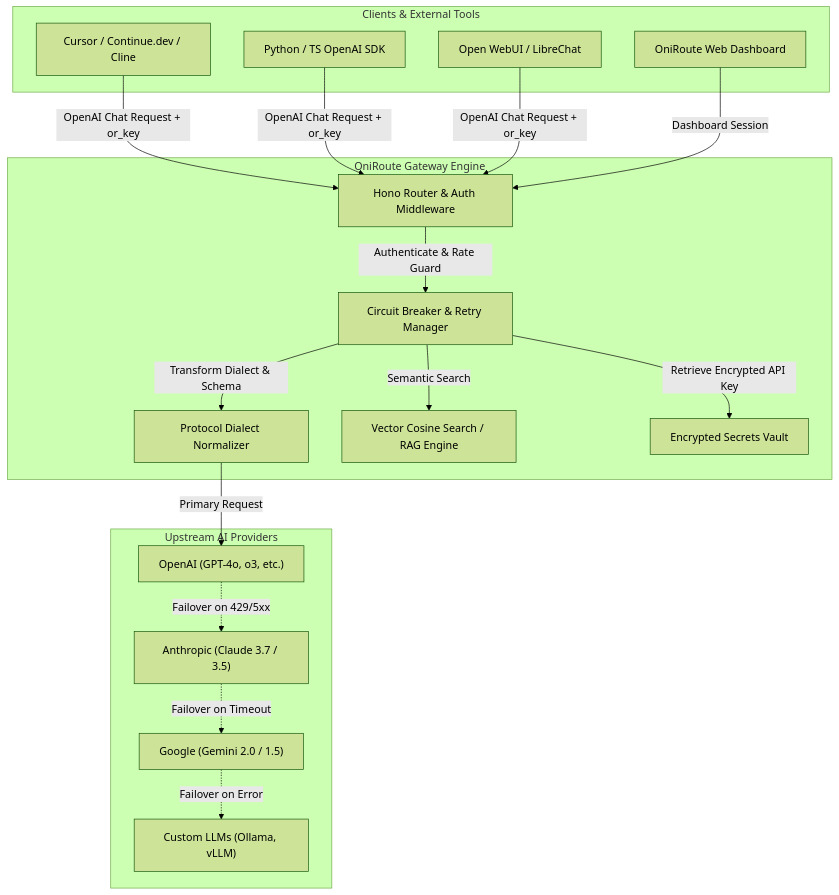
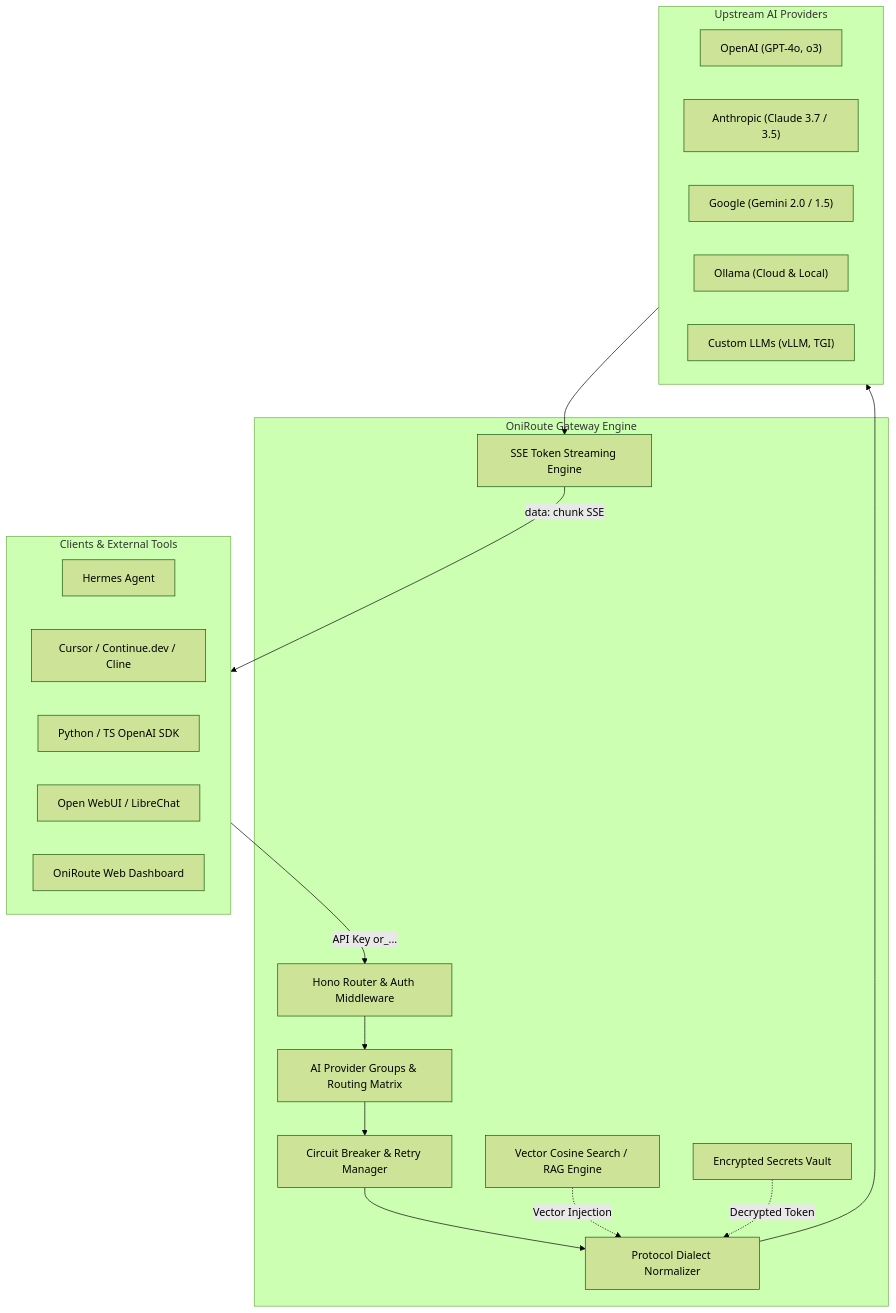
The diagram in README.md (AniruddhaDas1/OniRoute), drawn with Mermaid (forest theme) before and after one commit. The commit also changed other lines of this file, not shown here.

Commit message:
docs: document Provider Groups, 4D Gateway Keys, SSE token streaming, and Hermes Agent integration

````diff
--- a/README.md
+++ b/README.md
@@ -77,37 +84,38 @@
 ```mermaid
 flowchart TD
     subgraph Clients ["Clients & External Tools"]
+        Hermes["Hermes Agent"]
         IDE["Cursor / Continue.dev / Cline"]
         SDK["Python / TS OpenAI SDK"]
         WebUI["Open WebUI / LibreChat"]
         Web["OniRoute Web Dashboard"]
     end
 
     subgraph Gateway ["OniRoute Gateway Engine"]
         Router["Hono Router & Auth Middleware"]
+        Groups["AI Provider Groups & Routing Matrix"]
+        Streamer["SSE Token Streaming Engine"]
         Breaker["Circuit Breaker & Retry Manager"]
         Normalizer["Protocol Dialect Normalizer"]
         RAGEngine["Vector Cosine Search / RAG Engine"]
         Vault["Encrypted Secrets Vault"]
     end
 
     subgraph Upstream ["Upstream AI Providers"]
-        OAI["OpenAI (GPT-4o, o3, etc.)"]
+        OAI["OpenAI (GPT-4o, o3)"]
         ANT["Anthropic (Claude 3.7 / 3.5)"]
         GEM["Google (Gemini 2.0 / 1.5)"]
-        CUST["Custom LLMs (Ollama, vLLM)"]
+        OLL["Ollama (Cloud & Local)"]
+        CUST["Custom LLMs (vLLM, TGI)"]
     end
 
-    IDE & SDK & WebUI -->|OpenAI Chat Request + or_key| Router
-    Web -->|Dashboard Session| Router
-
-    Router -->|Authenticate & Rate Guard| Breaker
-    Breaker -->|Semantic Search| RAGEngine
-    Breaker -->|Retrieve Encrypted API Key| Vault
-    Breaker -->|Transform Dialect & Schema| Normalizer
-
-    Normalizer -->|Primary Request| OAI
-    OAI -.->|Failover on 429/5xx| ANT
-    ANT -.->|Failover on Timeout| GEM
-    GEM -.->|Failover on Error| CUST
+    Clients -->|API Key or_...| Router
+    Router --> Groups
+    Groups --> Breaker
+    Breaker --> Normalizer
+    Normalizer --> Upstream
+    Upstream --> Streamer
+    Streamer -->|data: chunk SSE| Clients
+    RAGEngine -.->|Vector Injection| Normalizer
+    Vault -.->|Decrypted Token| Normalizer
 ```
````
